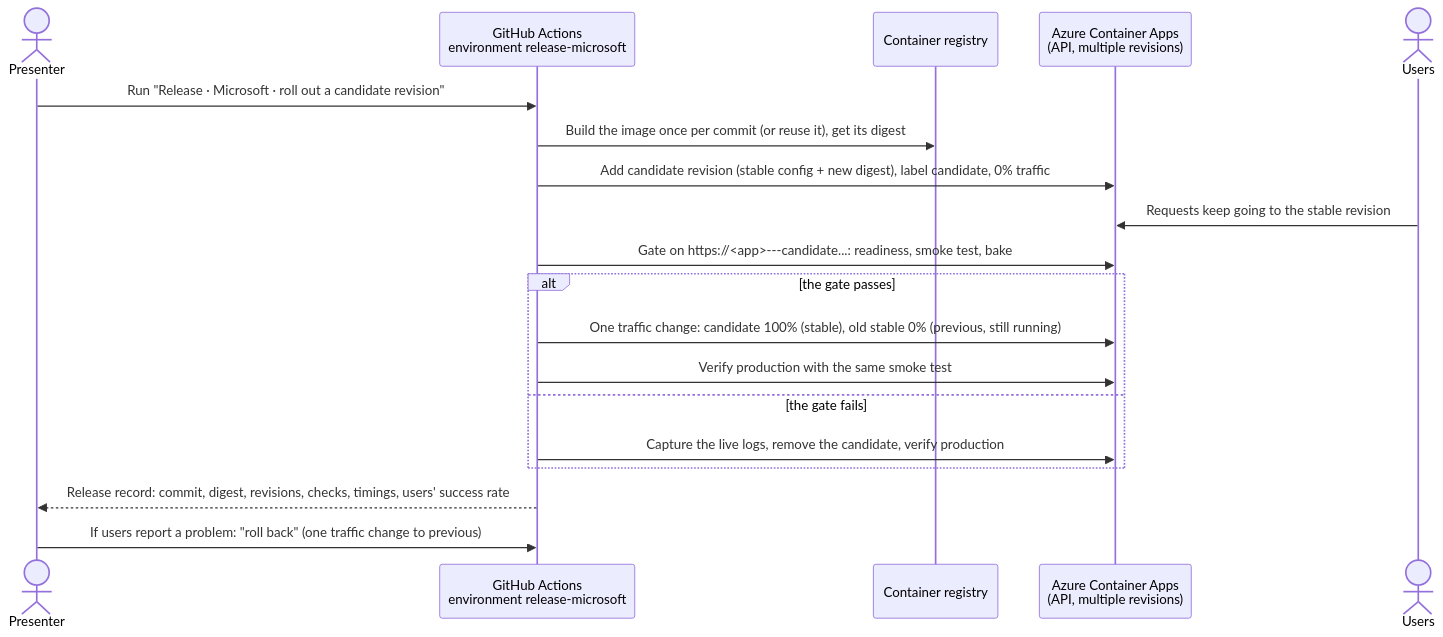
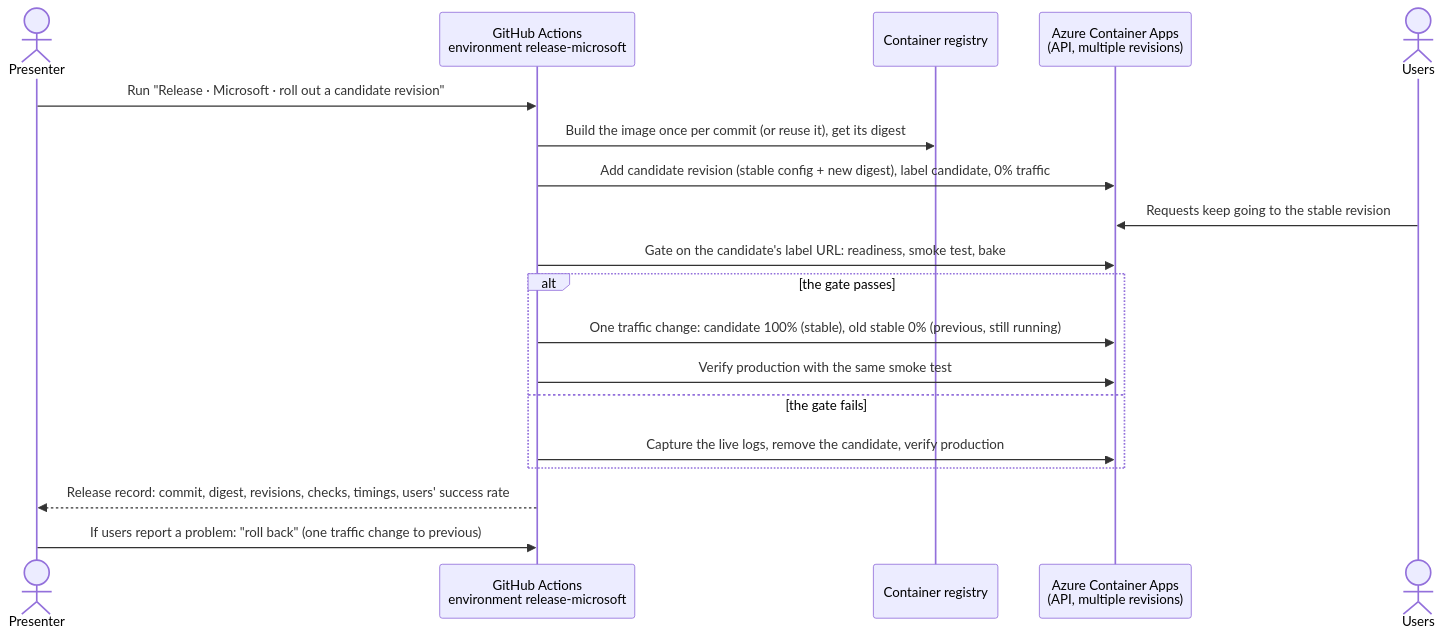
The diagram in solutions/06-release-microsoft/README.md (melabadi/adept-assessment-northstars), drawn with Mermaid before and after one commit. The commit also changed other lines of this file and 18 other files, not shown here.

````diff
--- a/solutions/06-release-microsoft/README.md
+++ b/solutions/06-release-microsoft/README.md
@@ -21,21 +23,21 @@
 ```mermaid
 sequenceDiagram
   actor P as Presenter
   participant GH as GitHub Actions<br/>environment release-microsoft
   participant CR as Container registry
   participant CA as Azure Container Apps<br/>(API, multiple revisions)
   actor U as Users
   P->>GH: Run "Release · Microsoft · roll out a candidate revision"
   GH->>CR: Build the image once per commit (or reuse it), get its digest
   GH->>CA: Add candidate revision (stable config + new digest), label candidate, 0% traffic
   U->>CA: Requests keep going to the stable revision
-  GH->>CA: Gate on https://<app>---candidate...: readiness, smoke test, bake
+  GH->>CA: Gate on the candidate's label URL: readiness, smoke test, bake
   alt the gate passes
     GH->>CA: One traffic change: candidate 100% (stable), old stable 0% (previous, still running)
     GH->>CA: Verify production with the same smoke test
   else the gate fails
     GH->>CA: Capture the live logs, remove the candidate, verify production
   end
   GH-->>P: Release record: commit, digest, revisions, checks, timings, users' success rate
   P->>GH: If users report a problem: "roll back" (one traffic change to previous)
 ```
````
